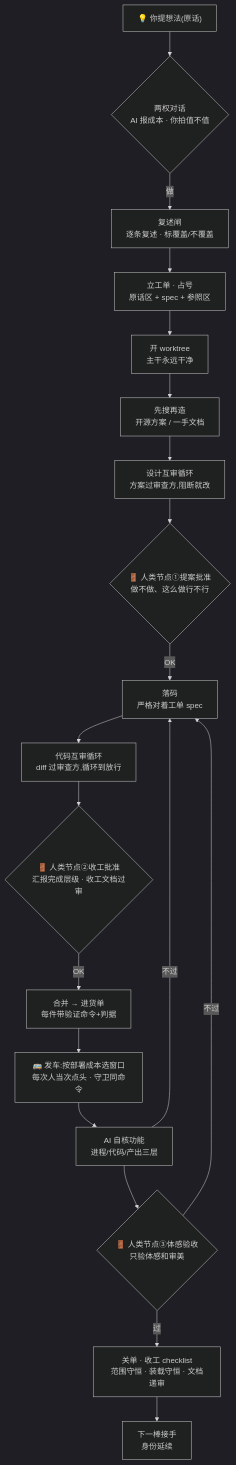
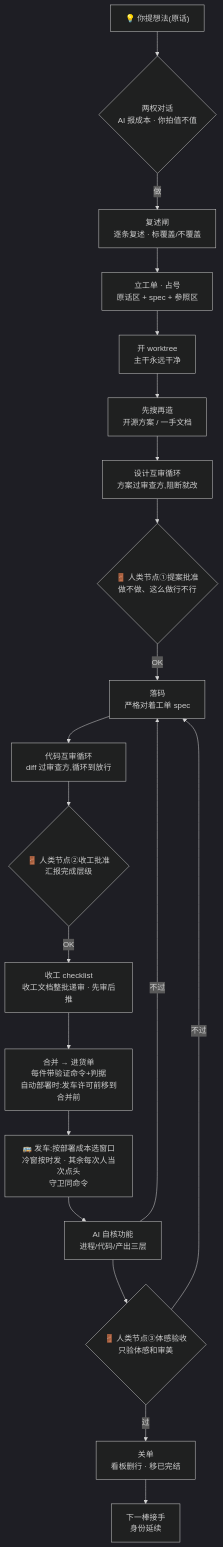
One commit to tsuru0805/idea-to-merge changed the diagram in docs/idea-to-merge.md. Above: the diagram before and after it, drawn with Mermaid (dark theme). The commit also changed other lines of this file and 9 other files, not shown here.

````diff
--- a/docs/idea-to-merge.md
+++ b/docs/idea-to-merge.md
@@ -51,21 +51,22 @@
 ```mermaid
 flowchart TD
     A["💡 你提想法(原话)"] --> B{"两权对话<br/>AI 报成本 · 你拍值不值"}
     B -->|做| R["复述闸<br/>逐条复述 · 标覆盖/不覆盖"]
     R --> C["立工单 · 占号<br/>原话区 + spec + 参照区"]
     C --> D["开 worktree<br/>主干永远干净"]
     D --> E["先搜再造<br/>开源方案 / 一手文档"]
     E --> F["设计互审循环<br/>方案过审查方,阻断就改"]
     F --> G{"🚪 人类节点①提案批准<br/>做不做、这么做行不行"}
     G -->|OK| H["落码<br/>严格对着工单 spec"]
     H --> I["代码互审循环<br/>diff 过审查方,循环到放行"]
-    I --> J{"🚪 人类节点②收工批准<br/>汇报完成层级 · 收工文档过审"}
-    J -->|OK| K["合并 → 进货单<br/>每件带验证命令+判据"]
-    K --> L["🚌 发车:按部署成本选窗口<br/>每次人当次点头 · 守卫同命令"]
+    I --> J{"🚪 人类节点②收工批准<br/>汇报完成层级"}
+    J -->|OK| J2["收工 checklist<br/>收工文档整批递审 · 先审后推"]
+    J2 --> K["合并 → 进货单<br/>每件带验证命令+判据<br/>自动部署时:发车许可前移到合并前"]
+    K --> L["🚌 发车:按部署成本选窗口<br/>冷窗按时发 · 其余每次人当次点头<br/>守卫同命令"]
     L --> V["AI 自核功能<br/>进程/代码/产出三层"]
     V -->|不过| H
     V --> M{"🚪 人类节点③体感验收<br/>只验体感和审美"}
-    M -->|过| N["关单 · 收工 checklist<br/>范围守恒 · 装载守恒 · 文档递审"]
+    M -->|过| N["关单<br/>看板删行 · 移已完结"]
     M -->|不过| H
     N --> O["下一棒接手<br/>身份延续"]
 ```
````
